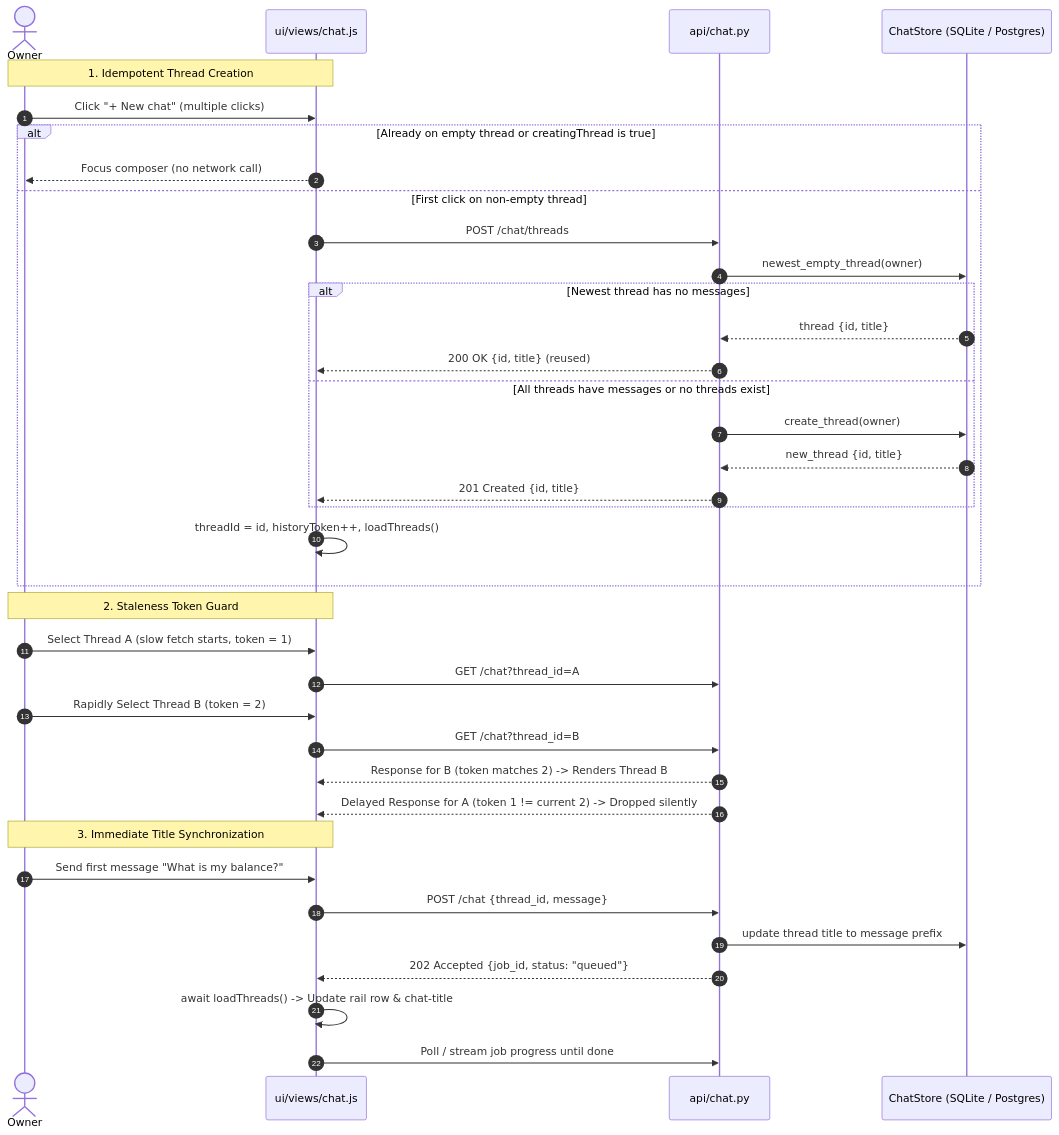
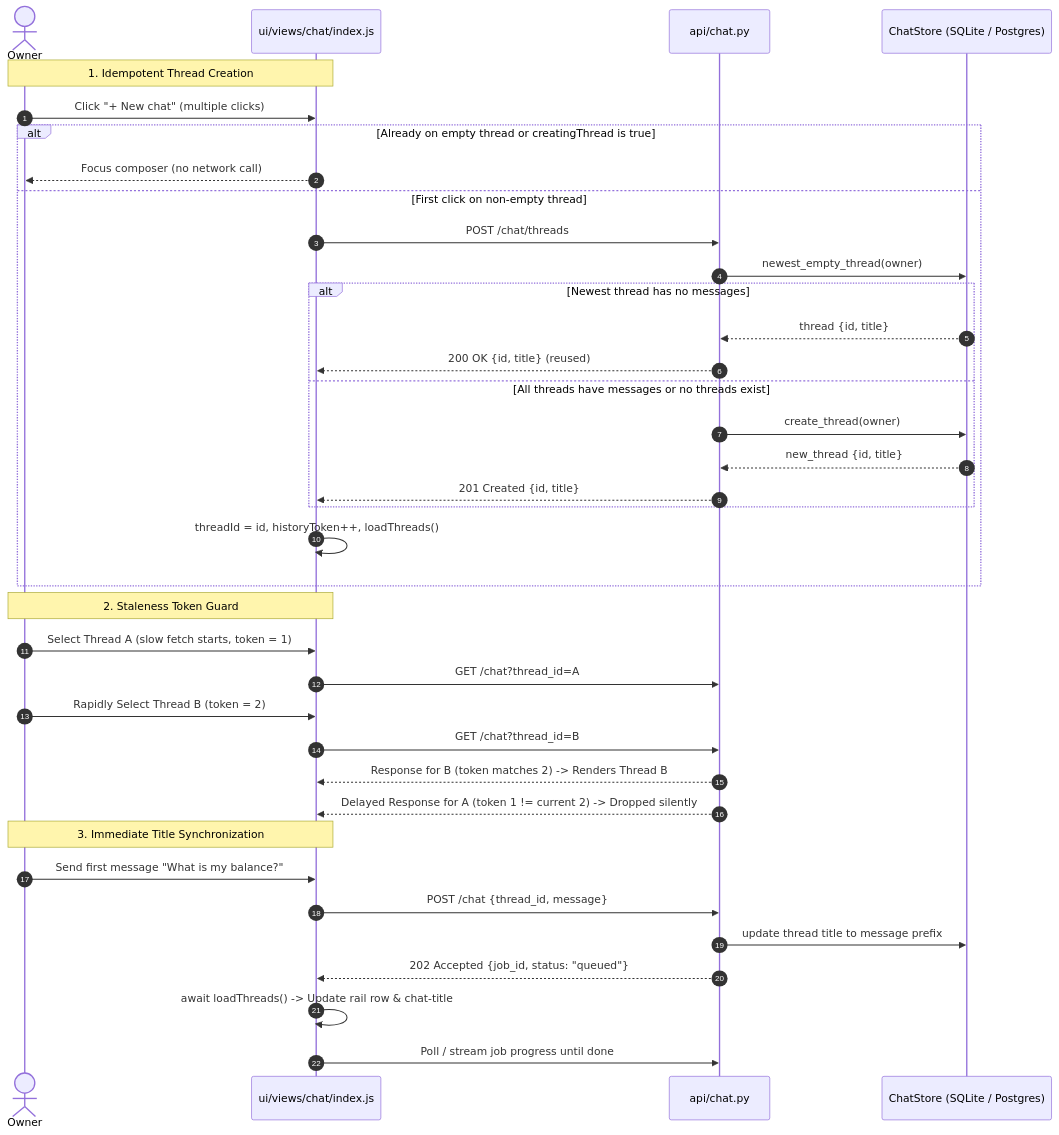
One commit to thaicuong576/agent-wallet changed the first of 2 diagrams in docs/architecture/webapp/chat-thread-lifecycle.md. Above: the diagram before and after it, drawn with Mermaid. The commit also changed other lines of this file and 10 other files, not shown here.

Commit message:
docs: point architecture notes at the split api, planner, storage and ui modules (#183)

````diff
--- a/docs/architecture/webapp/chat-thread-lifecycle.md
+++ b/docs/architecture/webapp/chat-thread-lifecycle.md
@@ -19,42 +19,42 @@
 ```mermaid
 sequenceDiagram
     autonumber
     actor User as Owner
-    participant View as ui/views/chat.js
+    participant View as ui/views/chat/index.js
     participant API as api/chat.py
     participant Store as ChatStore (SQLite / Postgres)
 
     Note over User,View: 1. Idempotent Thread Creation
     User->>View: Click "+ New chat" (multiple clicks)
     alt Already on empty thread or creatingThread is true
         View-->>User: Focus composer (no network call)
     else First click on non-empty thread
         View->>API: POST /chat/threads
         API->>Store: newest_empty_thread(owner)
         alt Newest thread has no messages
             Store-->>API: thread {id, title}
             API-->>View: 200 OK {id, title} (reused)
         else All threads have messages or no threads exist
             API->>Store: create_thread(owner)
             Store-->>API: new_thread {id, title}
             API-->>View: 201 Created {id, title}
         end
         View->>View: threadId = id, historyToken++, loadThreads()
     end
 
     Note over User,View: 2. Staleness Token Guard
     User->>View: Select Thread A (slow fetch starts, token = 1)
     View->>API: GET /chat?thread_id=A
     User->>View: Rapidly Select Thread B (token = 2)
     View->>API: GET /chat?thread_id=B
     API-->>View: Response for B (token matches 2) -> Renders Thread B
     API-->>View: Delayed Response for A (token 1 != current 2) -> Dropped silently
 
     Note over User,View: 3. Immediate Title Synchronization
     User->>View: Send first message "What is my balance?"
     View->>API: POST /chat {thread_id, message}
     API->>Store: update thread title to message prefix
     API-->>View: 202 Accepted {job_id, status: "queued"}
     View->>View: await loadThreads() -> Update rail row & chat-title
     View->>API: Poll / stream job progress until done
 ```
````
